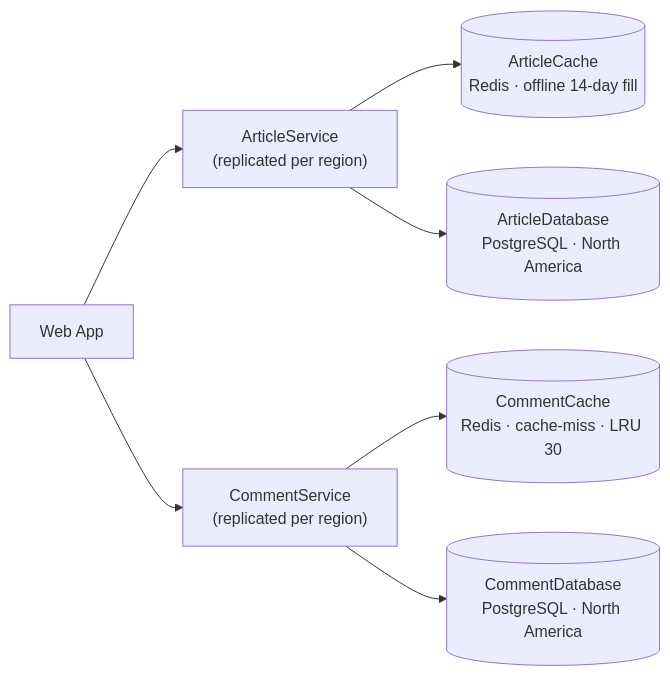
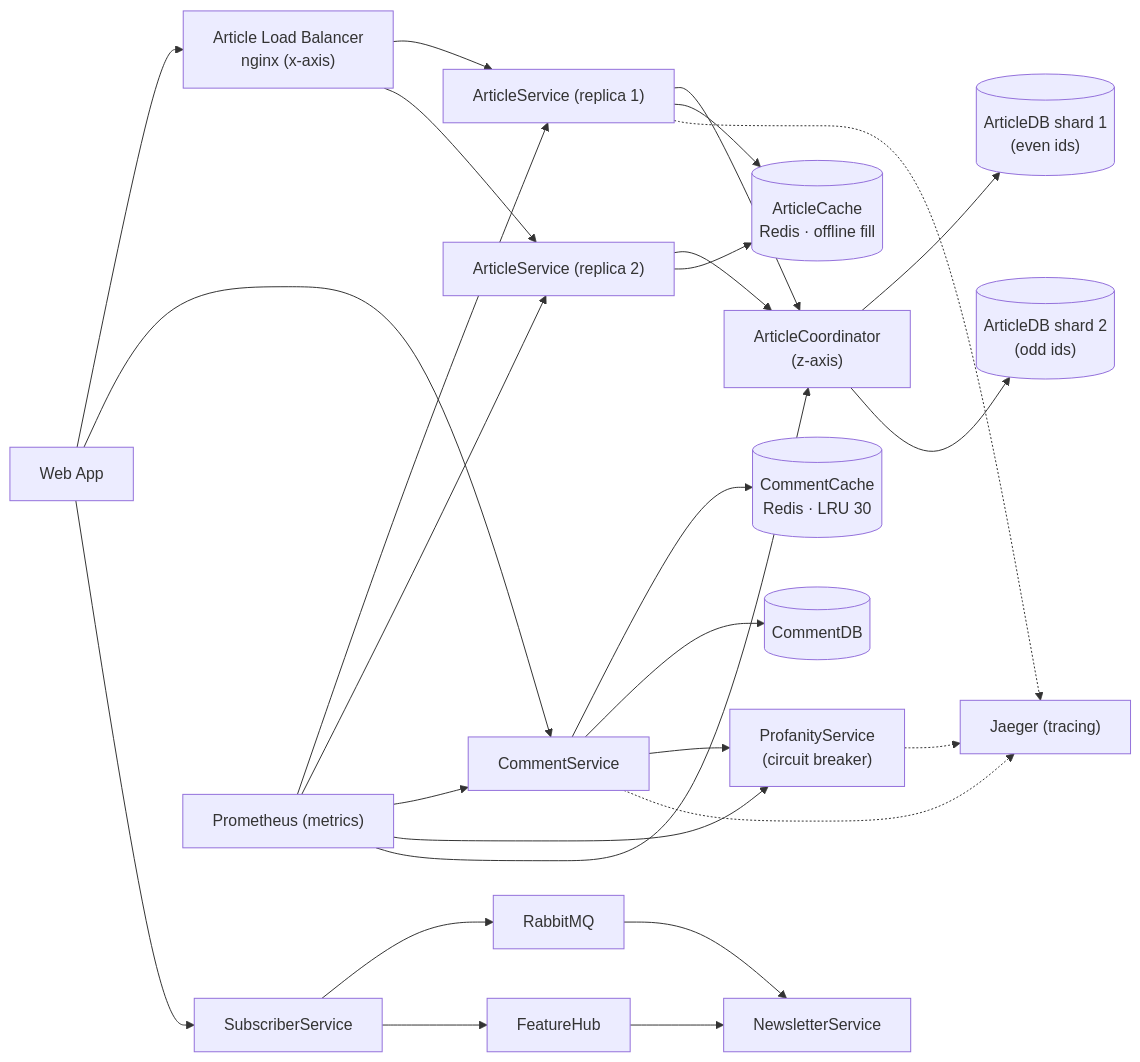
Before and after one commit to BenjaminDamC/happy-headlines-cache: the diagram in README.md, drawn with Mermaid. The commit also changed other lines of this file and 7 other files, not shown here.

Commit message:
Document CA#2: C4 diagrams (L2+L3), sustainability, submission guide, README

````diff
--- a/README.md
+++ b/README.md
@@ -26,11 +12,29 @@
 ```mermaid
 flowchart LR
-    Web["Web App"] --> AS["ArticleService<br/>(replicated per region)"]
-    Web --> CS["CommentService<br/>(replicated per region)"]
+    Web["Web App"] --> LB["Article Load Balancer<br/>nginx (x-axis)"]
+    Web --> CS["CommentService"]
+    Web --> Sub["SubscriberService"]
 
-    AS --> AC[("ArticleCache<br/>Redis · offline 14-day fill")]
-    AS --> ADB[("ArticleDatabase<br/>PostgreSQL · North America")]
+    LB --> AS1["ArticleService (replica 1)"]
+    LB --> AS2["ArticleService (replica 2)"]
 
-    CS --> CC[("CommentCache<br/>Redis · cache-miss · LRU 30")]
-    CS --> CDB[("CommentDatabase<br/>PostgreSQL · North America")]
+    AS1 --> Coord["ArticleCoordinator<br/>(z-axis)"]
+    AS2 --> Coord
+    Coord --> DB1[("ArticleDB shard 1<br/>(even ids)")]
+    Coord --> DB2[("ArticleDB shard 2<br/>(odd ids)")]
+
+    AS1 --> AC[("ArticleCache<br/>Redis · offline fill")]
+    AS2 --> AC
+
+    CS --> CC[("CommentCache<br/>Redis · LRU 30")]
+    CS --> CDB[("CommentDB")]
+    CS --> PS["ProfanityService<br/>(circuit breaker)"]
+
+    Sub --> MQ["RabbitMQ"] --> NL["NewsletterService"]
+    Sub --> FH["FeatureHub"] --> NL
+
+    AS1 -.-> Jaeger["Jaeger (tracing)"]
+    CS -.-> Jaeger
+    PS -.-> Jaeger
+    Prometheus["Prometheus (metrics)"] --> AS1 & AS2 & CS & PS & Coord
 ```
````
